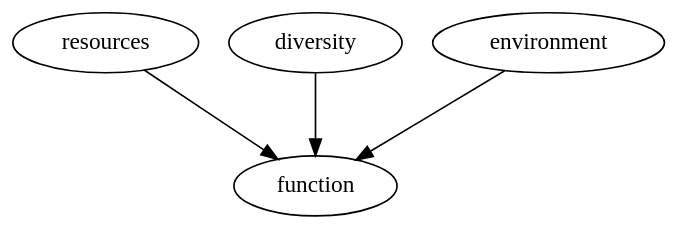
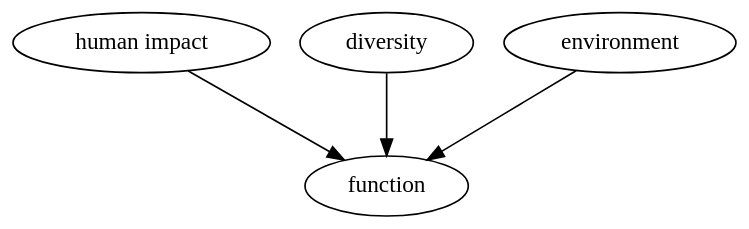
The fourth of 30 diagrams in 5_Slides/Intro_to_SEM_part1.qmd (pennekampster/Swiss_SEM), drawn with Graphviz before and after one commit. The commit also changed other lines of this file and 3 other files, not shown here.

````diff
--- a/5_Slides/Intro_to_SEM_part1.qmd
+++ b/5_Slides/Intro_to_SEM_part1.qmd
@@ -429,15 +430,16 @@
 ```{dot}
 //| fig-width: 10
 digraph G {
 
   graph [overlap = false, fontsize = 10, layout = dot, ranksep = .7,
        rankdir = TB]
 
+ impact[label="human impact"]
 
   bgcolor="transparent"
-  resources -> function;
+  impact -> function;
   diversity -> function;
   environment -> function;
   
 }
 ```
````
